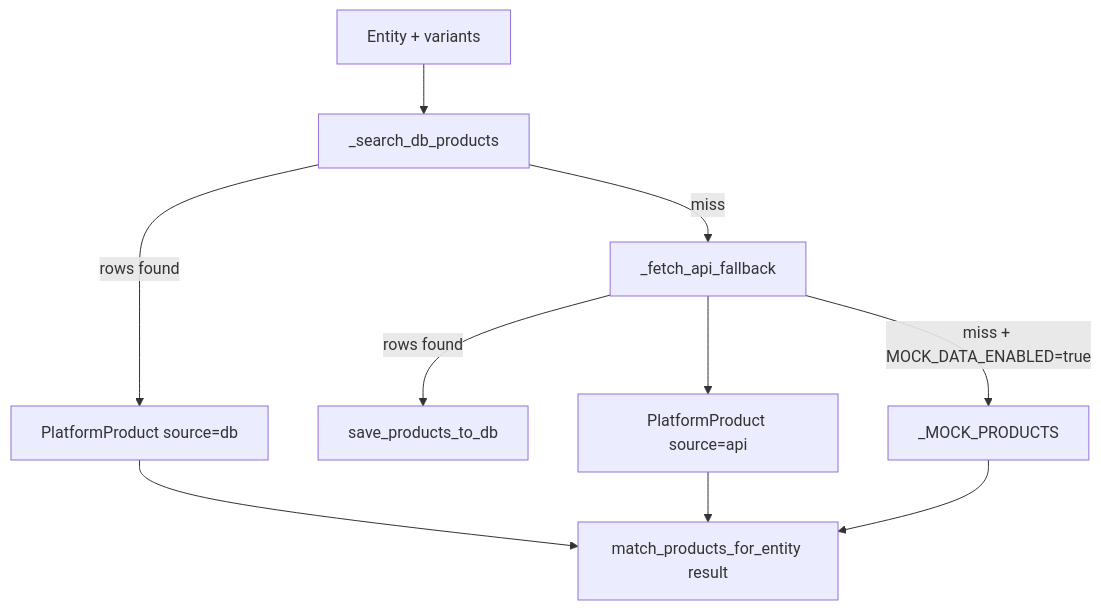
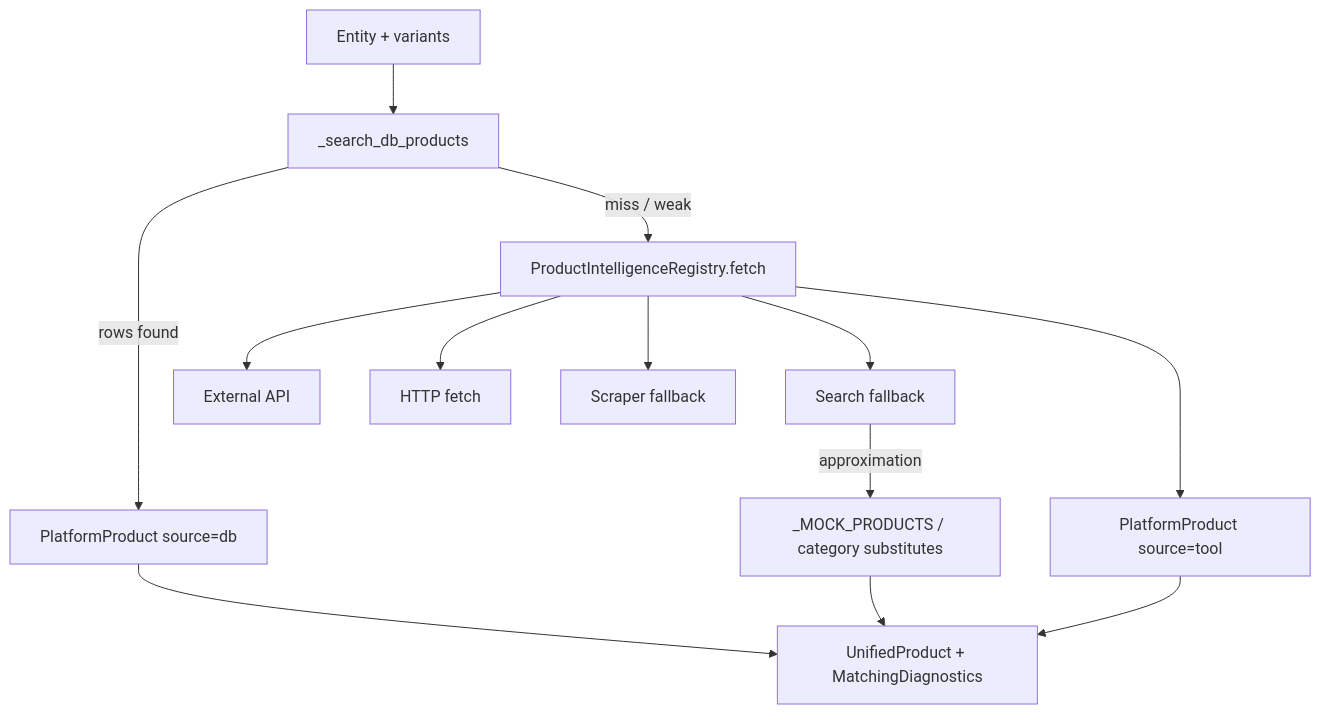
One commit to chandankumar123456/smartcart-ai-backend changed the second of 3 diagrams in README.md. Above: the diagram before and after it, drawn with Mermaid. The commit also changed other lines of this file and 9 other files, not shown here.

````diff
--- a/README.md
+++ b/README.md
@@ -133,12 +144,15 @@
 ```mermaid
 flowchart TD
     E[Entity + variants] --> DBQ[_search_db_products]
     DBQ -->|rows found| DBR[PlatformProduct source=db]
-    DBQ -->|miss| APIFB[_fetch_api_fallback]
-    APIFB -->|rows found| UPSERT[save_products_to_db]
-    APIFB --> APIR[PlatformProduct source=api]
-    APIFB -->|miss + MOCK_DATA_ENABLED=true| MOCK[_MOCK_PRODUCTS]
-    DBR --> OUT[match_products_for_entity result]
-    APIR --> OUT
-    MOCK --> OUT
+    DBQ -->|miss / weak| TOOLS[ProductIntelligenceRegistry.fetch]
+    TOOLS --> API[External API]
+    TOOLS --> HTTP[HTTP fetch]
+    TOOLS --> SCRAPE[Scraper fallback]
+    TOOLS --> SEARCH[Search fallback]
+    TOOLS --> APIR[PlatformProduct source=tool]
+    APIR --> UNIFY[UnifiedProduct + MatchingDiagnostics]
+    DBR --> UNIFY
+    SEARCH -->|approximation| MOCK[_MOCK_PRODUCTS / category substitutes]
+    MOCK --> UNIFY
 ```
````
